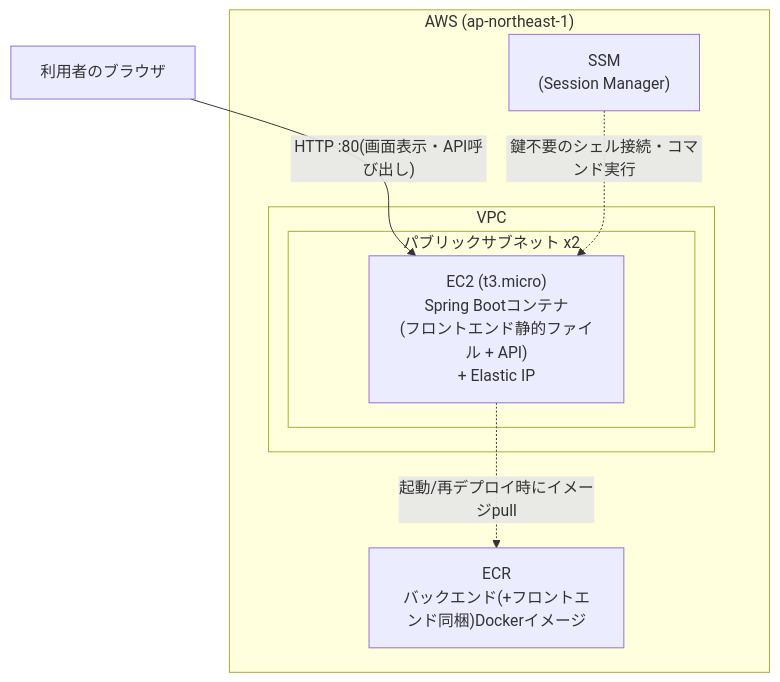
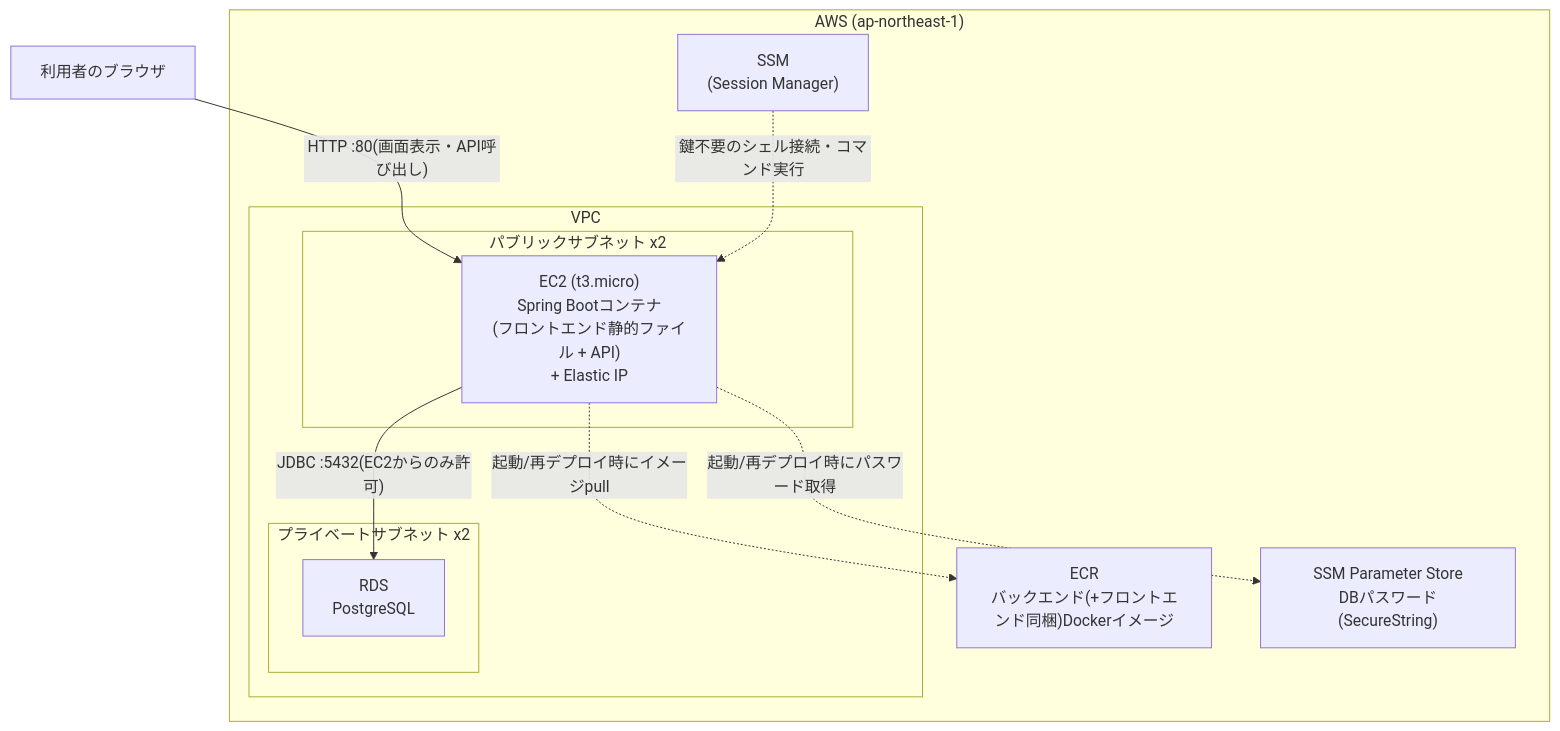
Before and after one commit to simizuryo/trello-clone: the diagram in docs/deployment/03-architecture.md, drawn with Mermaid. The commit also changed other lines of this file and 12 other files, not shown here.

First line of the commit message:
Add RDS (Phase 2), restricted to EC2-only access via private subnet

````diff
--- a/docs/deployment/03-architecture.md
+++ b/docs/deployment/03-architecture.md
@@ -15,19 +15,25 @@
 ```mermaid
 flowchart TB
     User["利用者のブラウザ"]
 
     subgraph AWS["AWS (ap-northeast-1)"]
         subgraph VPC["VPC"]
             subgraph Public["パブリックサブネット x2"]
                 EC2["EC2 (t3.micro)\nSpring Bootコンテナ\n(フロントエンド静的ファイル + API)\n+ Elastic IP"]
             end
+            subgraph Private["プライベートサブネット x2"]
+                RDS["RDS\nPostgreSQL"]
+            end
         end
 
         ECR["ECR\nバックエンド(+フロントエンド同梱)Dockerイメージ"]
+        SSMPARAM["SSM Parameter Store\nDBパスワード(SecureString)"]
         SSMSVC["SSM\n(Session Manager)"]
     end
 
     User -- "HTTP :80(画面表示・API呼び出し)" --> EC2
+    EC2 -- "JDBC :5432(EC2からのみ許可)" --> RDS
     EC2 -. "起動/再デプロイ時にイメージpull" .-> ECR
+    EC2 -. "起動/再デプロイ時にパスワード取得" .-> SSMPARAM
     SSMSVC -. "鍵不要のシェル接続・コマンド実行" .-> EC2
 ```
````
